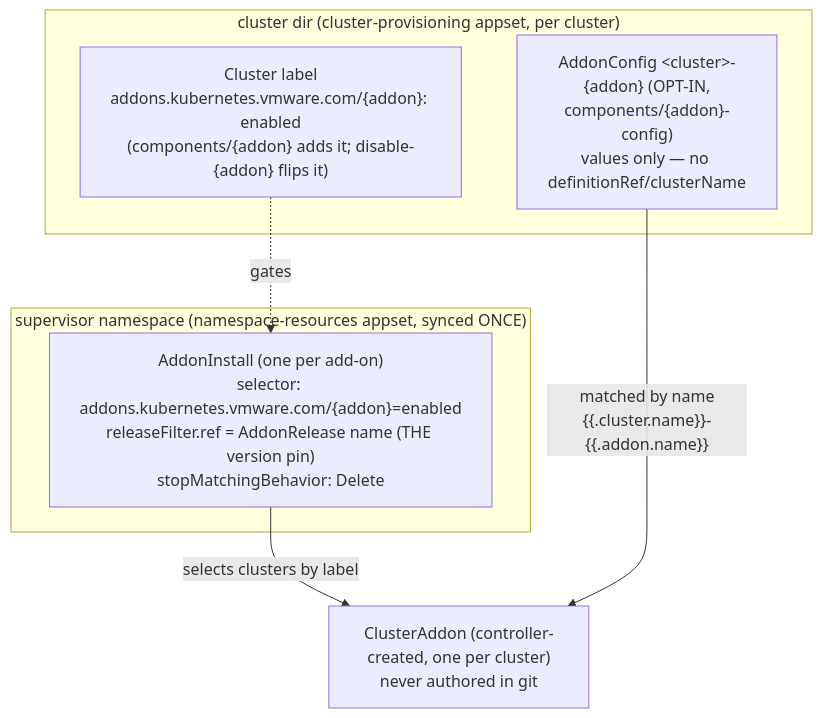
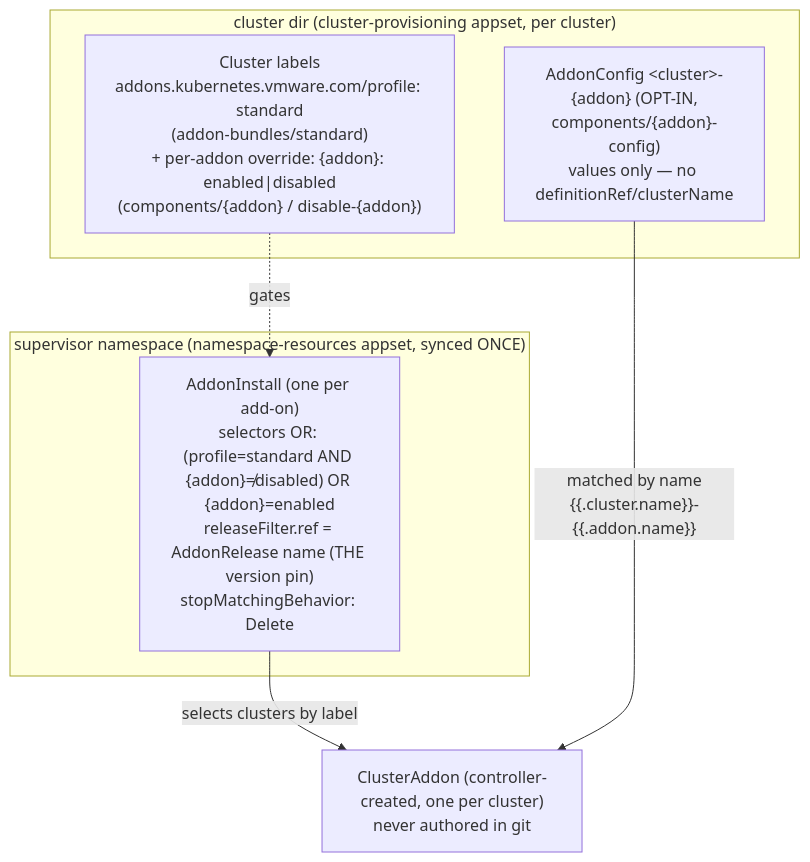
The fifth of 6 diagrams in docs/ARCHITECTURE.md (warroyo/argocd-scaffolding), drawn with Mermaid before and after one commit. The commit also changed other lines of this file and 18 other files, not shown here.

First line of the commit message:
feat: external-secrets addon + label-based add-on bundles

````diff
--- a/docs/ARCHITECTURE.md
+++ b/docs/ARCHITECTURE.md
@@ -231,15 +260,15 @@
 ```mermaid
 flowchart TB
     subgraph ns["supervisor namespace (namespace-resources appset, synced ONCE)"]
-        ai["AddonInstall (one per add-on)<br/>selector: addons.kubernetes.vmware.com/{addon}=enabled<br/>releaseFilter.ref = AddonRelease name (THE version pin)<br/>stopMatchingBehavior: Delete"]
+        ai["AddonInstall (one per add-on)<br/>selectors OR: (profile=standard AND {addon}≠disabled) OR {addon}=enabled<br/>releaseFilter.ref = AddonRelease name (THE version pin)<br/>stopMatchingBehavior: Delete"]
     end
     subgraph cl["cluster dir (cluster-provisioning appset, per cluster)"]
-        label["Cluster label<br/>addons.kubernetes.vmware.com/{addon}: enabled<br/>(components/{addon} adds it; disable-{addon} flips it)"]
+        label["Cluster labels<br/>addons.kubernetes.vmware.com/profile: standard<br/>(addon-bundles/standard)<br/>+ per-addon override: {addon}: enabled|disabled<br/>(components/{addon} / disable-{addon})"]
         cfg["AddonConfig &lt;cluster&gt;-{addon} (OPT-IN,<br/>components/{addon}-config)<br/>values only — no definitionRef/clusterName"]
     end
     ca["ClusterAddon (controller-created, one per cluster)<br/>never authored in git"]
 
     ai -- "selects clusters by label" --> ca
     label -. "gates" .-> ai
     cfg -- "matched by name<br/>{{.cluster.name}}-{{.addon.name}}" --> ca
 ```
````
